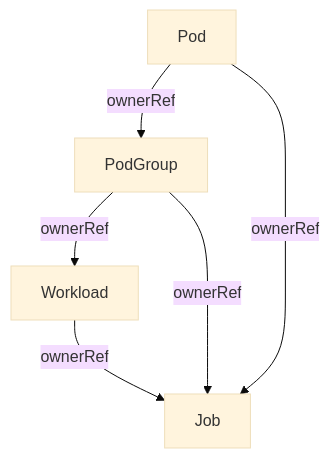
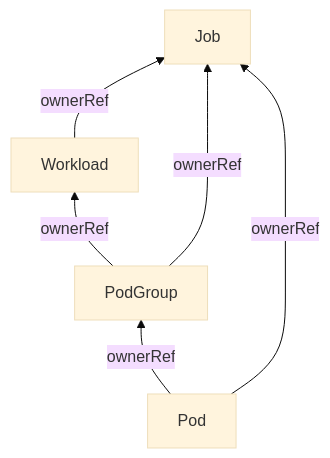
One commit to kubernetes/enhancements changed the diagram in keps/sig-apps/5547-integrate-workload-with-job/README.md. Above: the diagram before and after it, drawn with Mermaid (base theme).

Commit message:
Flip the diagram

````diff
--- a/keps/sig-apps/5547-integrate-workload-with-job/README.md
+++ b/keps/sig-apps/5547-integrate-workload-with-job/README.md
@@ -304,14 +304,14 @@
 ```mermaid
-flowchart TD
+flowchart BT
+    Pod[Pod]
+    PodGroup[PodGroup]
+    Workload[Workload]
     Job[Job]
-    Workload[Workload]
-    PodGroup[PodGroup]
-    Pod[Pod]
 
     Workload -->|ownerRef| Job
     PodGroup -->|ownerRef| Job
     Pod -->|ownerRef| Job
 
     PodGroup -->|ownerRef| Workload
     Pod -->|ownerRef| PodGroup
 ```
````
